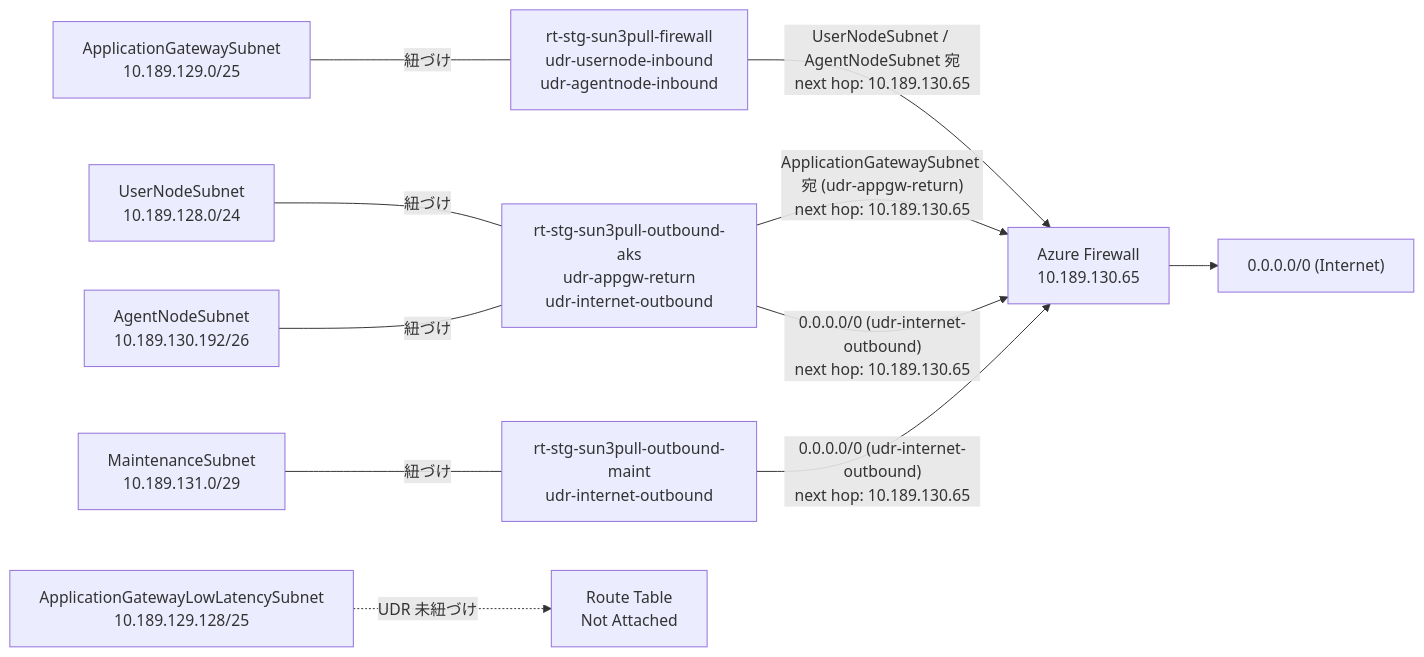
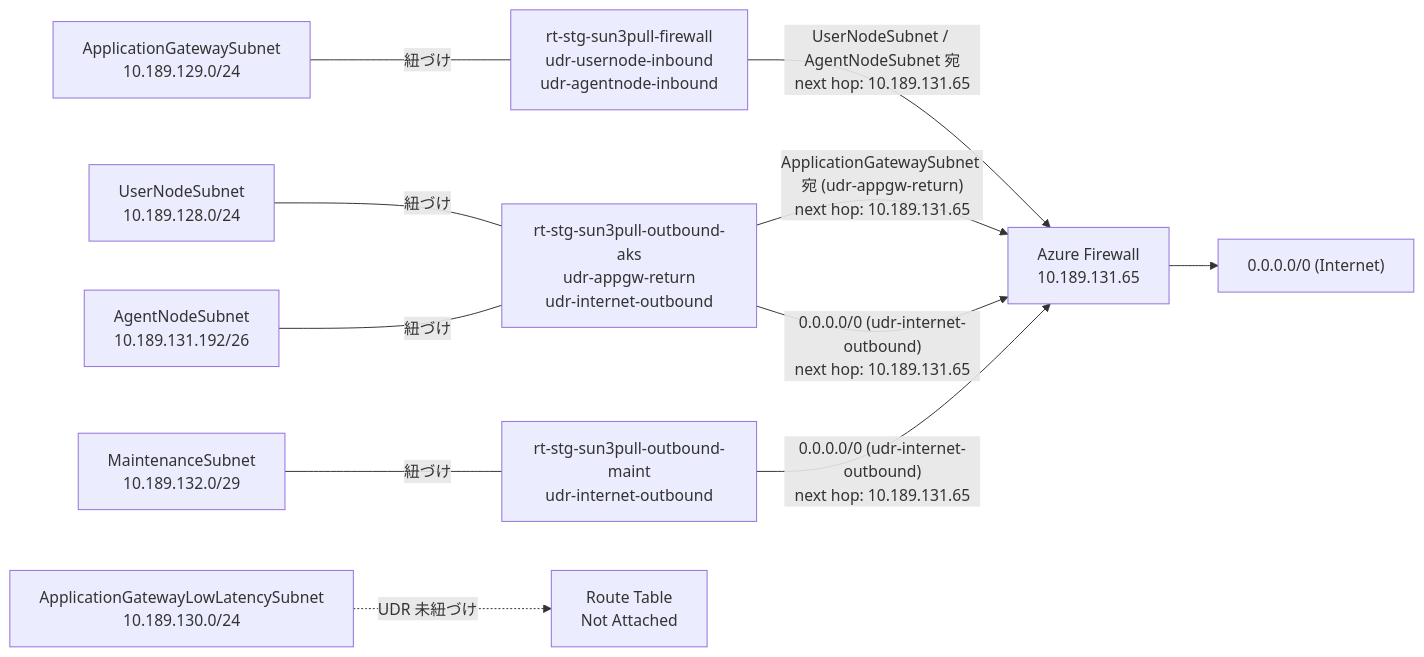
One commit to ioiuea/3pull changed the fifth of 6 diagrams in infra/README.md. Above: the diagram before and after it, drawn with Mermaid. The commit also changed other lines of this file and 6 other files, not shown here.

````diff
--- a/infra/README.md
+++ b/infra/README.md
@@ -131,27 +131,27 @@
 ```mermaid
 flowchart LR
-  AG["ApplicationGatewaySubnet<br/>10.189.129.0/25"]
-  AGLL["ApplicationGatewayLowLatencySubnet<br/>10.189.129.128/25"]
+  AG["ApplicationGatewaySubnet<br/>10.189.129.0/24"]
+  AGLL["ApplicationGatewayLowLatencySubnet<br/>10.189.130.0/24"]
   U["UserNodeSubnet<br/>10.189.128.0/24"]
-  N["AgentNodeSubnet<br/>10.189.130.192/26"]
-  M["MaintenanceSubnet<br/>10.189.131.0/29"]
-  FW["Azure Firewall<br/>10.189.130.65"]
+  N["AgentNodeSubnet<br/>10.189.131.192/26"]
+  M["MaintenanceSubnet<br/>10.189.132.0/29"]
+  FW["Azure Firewall<br/>10.189.131.65"]
   NET["0.0.0.0/0 (Internet)"]
 
   RTFW["rt-stg-sun3pull-firewall<br/>udr-usernode-inbound<br/>udr-agentnode-inbound"]
   RTAKS["rt-stg-sun3pull-outbound-aks<br/>udr-appgw-return<br/>udr-internet-outbound"]
   RTM["rt-stg-sun3pull-outbound-maint<br/>udr-internet-outbound"]
   RTNONE["Route Table<br/>Not Attached"]
 
   AG ---|"紐づけ"| RTFW
   AGLL -.->|"UDR 未紐づけ"| RTNONE
   U ---|"紐づけ"| RTAKS
   N ---|"紐づけ"| RTAKS
   M ---|"紐づけ"| RTM
 
-  RTFW -->|"UserNodeSubnet / AgentNodeSubnet 宛<br/>next hop: 10.189.130.65"| FW
-  RTAKS -->|"ApplicationGatewaySubnet 宛 (udr-appgw-return)<br/>next hop: 10.189.130.65"| FW
-  RTAKS -->|"0.0.0.0/0 (udr-internet-outbound)<br/>next hop: 10.189.130.65"| FW
-  RTM -->|"0.0.0.0/0 (udr-internet-outbound)<br/>next hop: 10.189.130.65"| FW
+  RTFW -->|"UserNodeSubnet / AgentNodeSubnet 宛<br/>next hop: 10.189.131.65"| FW
+  RTAKS -->|"ApplicationGatewaySubnet 宛 (udr-appgw-return)<br/>next hop: 10.189.131.65"| FW
+  RTAKS -->|"0.0.0.0/0 (udr-internet-outbound)<br/>next hop: 10.189.131.65"| FW
+  RTM -->|"0.0.0.0/0 (udr-internet-outbound)<br/>next hop: 10.189.131.65"| FW
   FW --> NET
 ```
````
